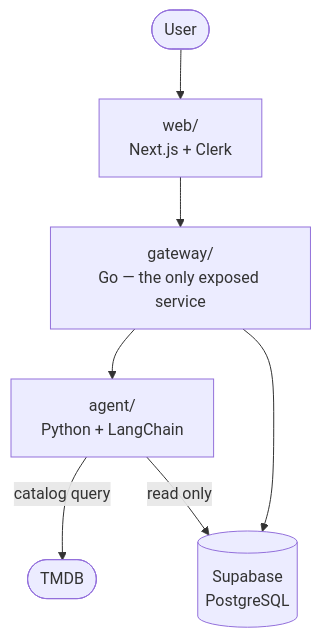
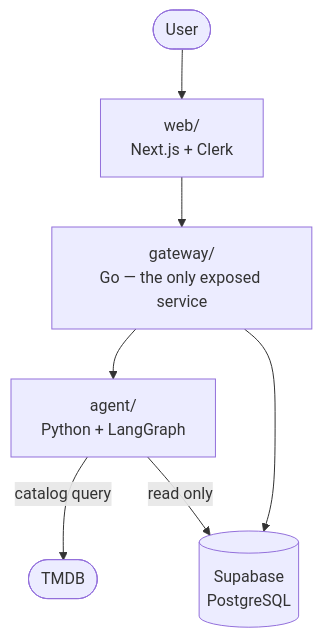
One commit to Skye967/holster changed the diagram in README.md. Above: the diagram before and after it, drawn with Mermaid. The commit also changed other lines of this file and 5 other files, not shown here.

First line of the commit message:
docs: describe the agent turn as a LangGraph graph

````diff
--- a/README.md
+++ b/README.md
@@ -38,9 +38,9 @@
 ```mermaid
 flowchart TD
     U([User]) --> W["web/<br/>Next.js + Clerk"]
     W --> G["gateway/<br/>Go — the only exposed service"]
-    G --> AG["agent/<br/>Python + LangChain"]
+    G --> AG["agent/<br/>Python + LangGraph"]
     G --> DB[("Supabase<br/>PostgreSQL")]
     AG -->|"catalog query"| TMDB([TMDB])
     AG -->|"read only"| DB
 ```
````
